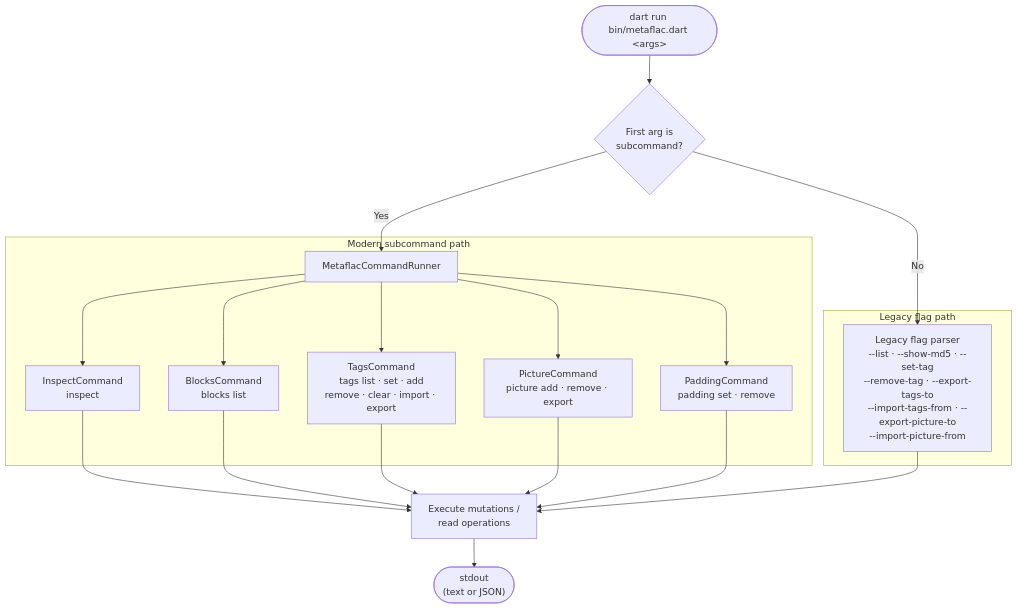
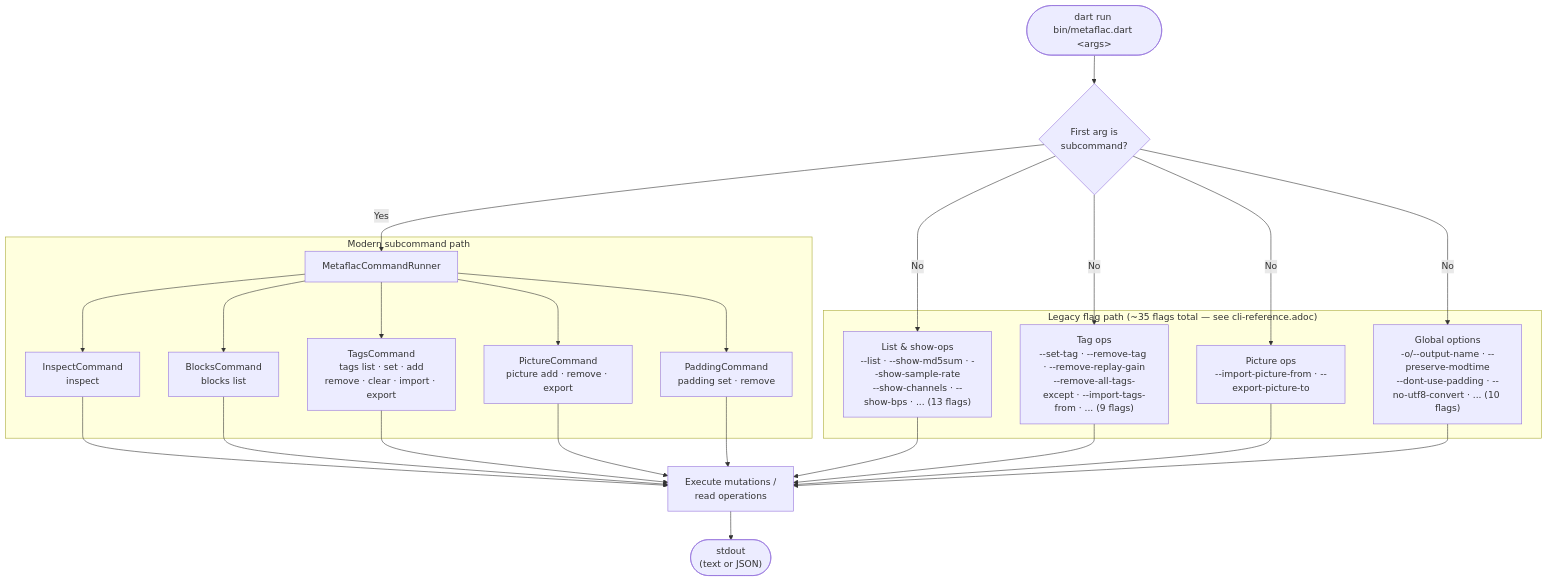
One commit to bovinemagnet/dart-metaflac changed the diagram in src/docs/modules/ROOT/examples/cli-routing.mmd. Above: the diagram before and after it, drawn with Mermaid. The commit also changed 1 other file, not shown here.

First paragraph of the commit message:
docs: update cli-reference.adoc and cli-routing diagram for 0.0.2
The CLI reference page was still documenting the 0.0.1 flag surface
and missing every flag added in the metaflac parity Tier 1 + 2 pass.
The cli-routing Mermaid diagram listed only 9 legacy flags by name.

```diff
--- a/src/docs/modules/ROOT/examples/cli-routing.mmd
+++ b/src/docs/modules/ROOT/examples/cli-routing.mmd
@@ -1,40 +1,50 @@
 %% dart-metaflac CLI command routing
+%% Legacy flag categories group ~35 flags; see cli-reference.adoc for the full list.
 flowchart TD
     START(["dart run bin/metaflac.dart &lt;args&gt;"])
 
     DETECT{"First arg is\nsubcommand?"}
 
     subgraph MODERN["Modern subcommand path"]
         RUNNER["MetaflacCommandRunner"]
         INSPECT["InspectCommand\ninspect"]
         BLOCKS["BlocksCommand\nblocks list"]
         TAGS["TagsCommand\ntags list · set · add\nremove · clear · import · export"]
         PICTURE["PictureCommand\npicture add · remove · export"]
         PADDING["PaddingCommand\npadding set · remove"]
         RUNNER --> INSPECT
         RUNNER --> BLOCKS
         RUNNER --> TAGS
         RUNNER --> PICTURE
         RUNNER --> PADDING
     end
 
-    subgraph LEGACY["Legacy flag path"]
-        FLAGS["Legacy flag parser\n--list · --show-md5 · --set-tag\n--remove-tag · --export-tags-to\n--import-tags-from · --export-picture-to\n--import-picture-from"]
+    subgraph LEGACY["Legacy flag path (~35 flags total — see cli-reference.adoc)"]
+        SHOWOPS["List &amp; show-ops\n--list · --show-md5sum · --show-sample-rate\n--show-channels · --show-bps · ... (13 flags)"]
+        TAGOPS["Tag ops\n--set-tag · --remove-tag · --remove-replay-gain\n--remove-all-tags-except · --import-tags-from · ... (9 flags)"]
+        PICOPS["Picture ops\n--import-picture-from · --export-picture-to"]
+        GLOBALOPTS["Global options\n-o/--output-name · --preserve-modtime\n--dont-use-padding · --no-utf8-convert · ... (10 flags)"]
     end
 
     EXECUTE["Execute mutations /\nread operations"]
 
     OUTPUT(["stdout\n(text or JSON)"])
 
     START --> DETECT
     DETECT -- Yes --> RUNNER
-    DETECT -- No  --> FLAGS
+    DETECT -- No  --> SHOWOPS
+    DETECT -- No  --> TAGOPS
+    DETECT -- No  --> PICOPS
+    DETECT -- No  --> GLOBALOPTS
 
     INSPECT  --> EXECUTE
     BLOCKS   --> EXECUTE
     TAGS     --> EXECUTE
     PICTURE  --> EXECUTE
     PADDING  --> EXECUTE
-    FLAGS    --> EXECUTE
+    SHOWOPS  --> EXECUTE
+    TAGOPS   --> EXECUTE
+    PICOPS   --> EXECUTE
+    GLOBALOPTS --> EXECUTE
 
     EXECUTE --> OUTPUT
```
